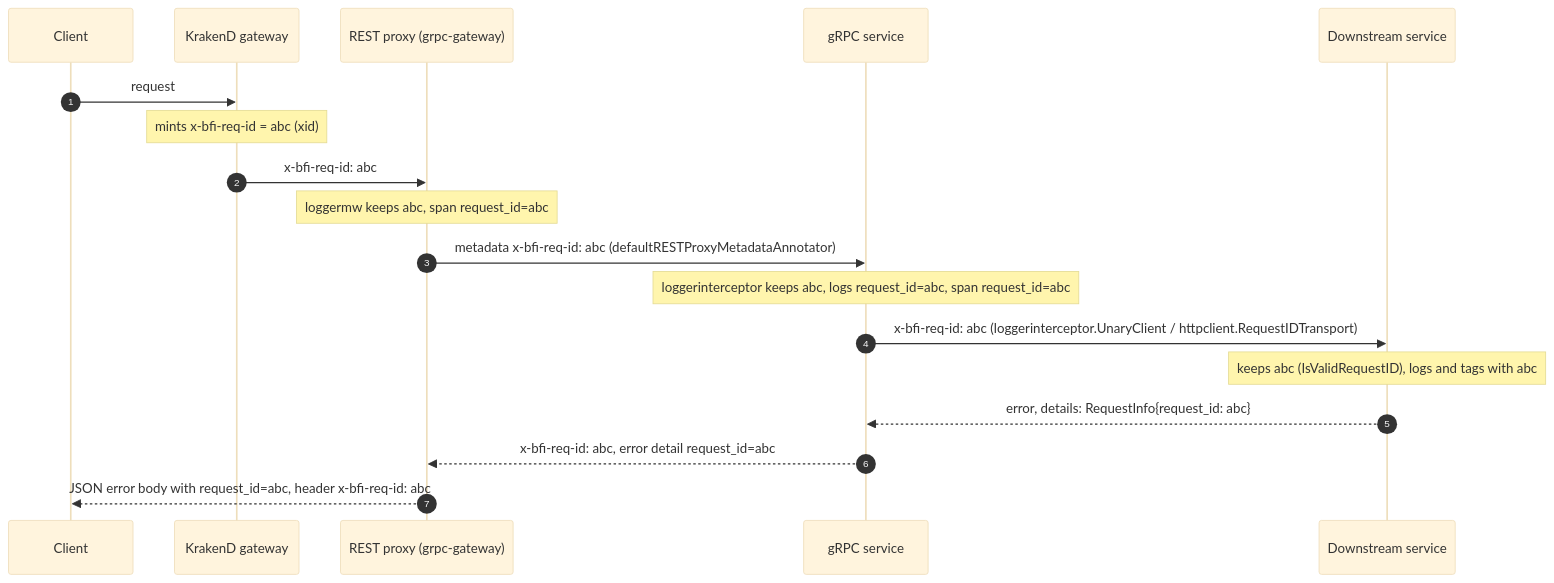
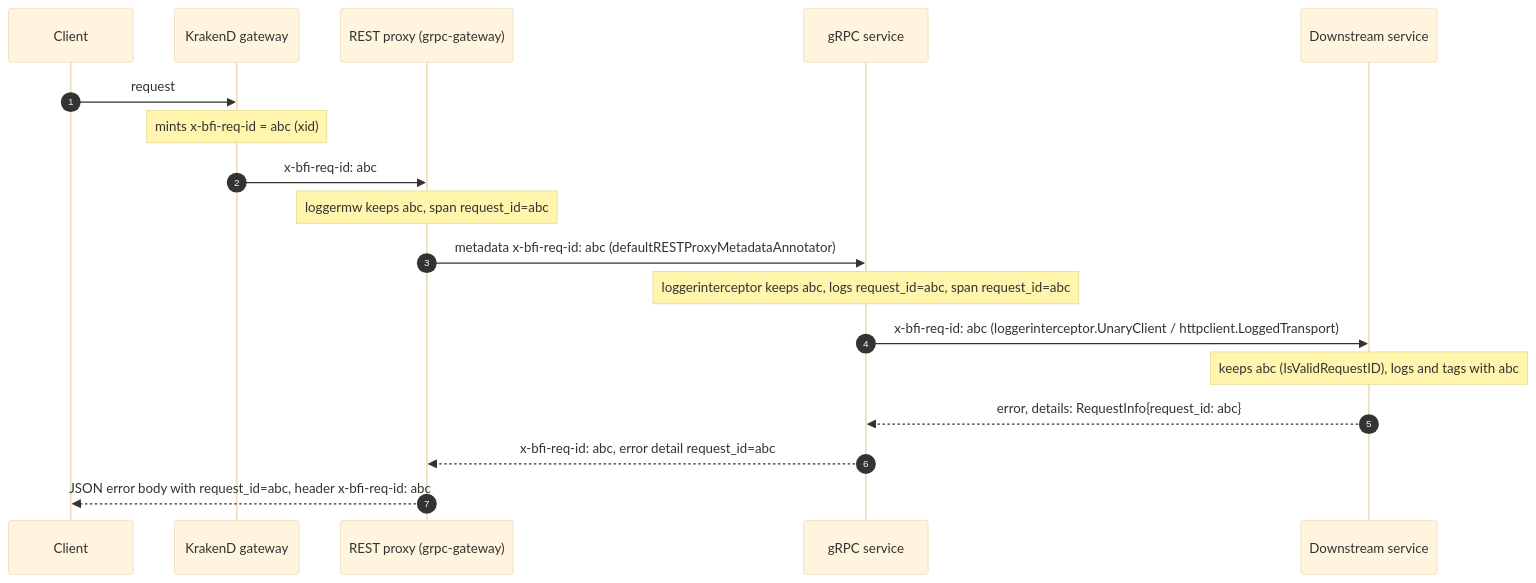
One commit to alaksmana-mso/bravo-analysis changed the diagram in docs/logging/diagrams/reqid-go-after.mmd. Above: the diagram before and after it, drawn with Mermaid (base theme). The commit also changed 2 other files, not shown here.

Commit message:
docs(logging): request id forwarding now lives in LoggedTransport (bfi-go-pkg#185 1e5581f)
RequestIDTransport and WithoutRequestIDForwarding were removed after review.

```diff
--- a/docs/logging/diagrams/reqid-go-after.mmd
+++ b/docs/logging/diagrams/reqid-go-after.mmd
@@ -1,18 +1,18 @@
 sequenceDiagram
     autonumber
     participant C as Client
     participant G as KrakenD gateway
     participant P as REST proxy (grpc-gateway)
     participant S as gRPC service
     participant D as Downstream service
     C->>G: request
     Note over G: mints x-bfi-req-id = abc (xid)
     G->>P: x-bfi-req-id: abc
     Note over P: loggermw keeps abc, span request_id=abc
     P->>S: metadata x-bfi-req-id: abc (defaultRESTProxyMetadataAnnotator)
     Note over S: loggerinterceptor keeps abc, logs request_id=abc, span request_id=abc
-    S->>D: x-bfi-req-id: abc (loggerinterceptor.UnaryClient / httpclient.RequestIDTransport)
+    S->>D: x-bfi-req-id: abc (loggerinterceptor.UnaryClient / httpclient.LoggedTransport)
     Note over D: keeps abc (IsValidRequestID), logs and tags with abc
     D-->>S: error, details: RequestInfo{request_id: abc}
     S-->>P: x-bfi-req-id: abc, error detail request_id=abc
     P-->>C: JSON error body with request_id=abc, header x-bfi-req-id: abc
```
